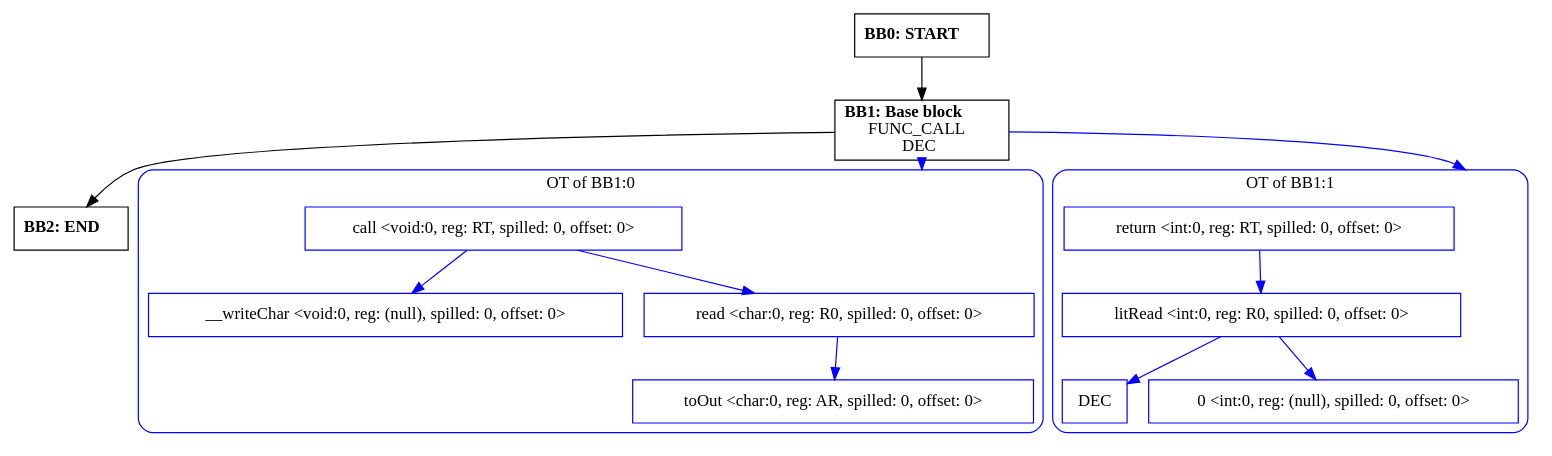
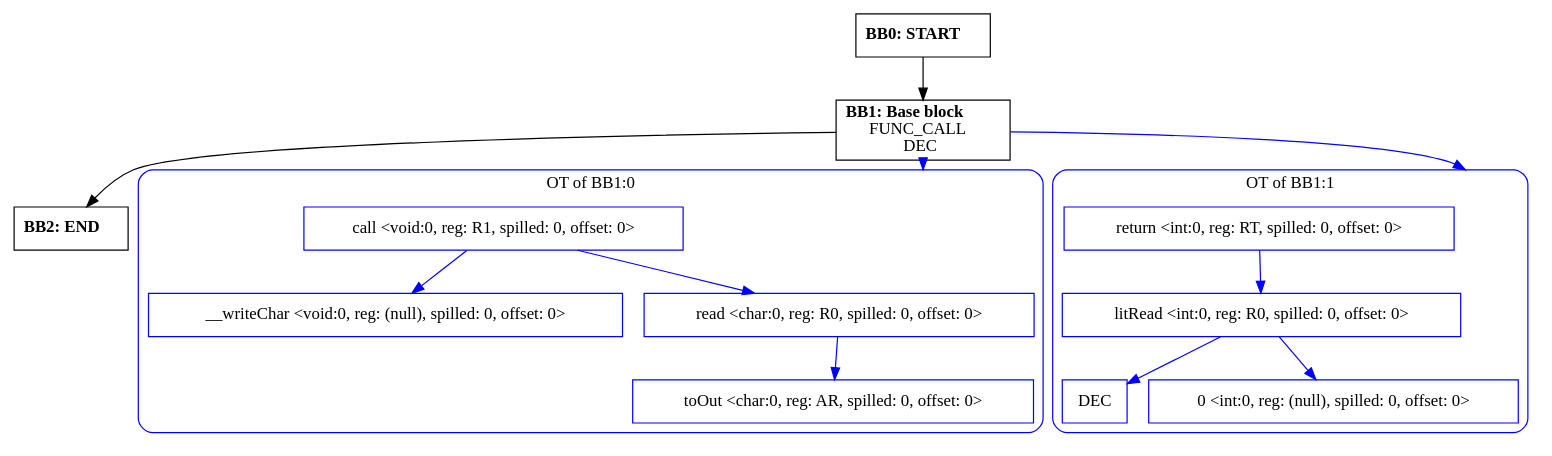
Before and after one commit to zavar152-cv/myLang-oop-compiler: the diagram in outputs/cfg/io.printChar.dot, drawn with Graphviz. The commit also changed 25 other files, not shown here.

```diff
--- a/outputs/cfg/io.printChar.dot
+++ b/outputs/cfg/io.printChar.dot
@@ -1,40 +1,40 @@
 digraph CFG {
     compound=true;
     graph [splines=true];
     node [shape=rectangle];
 
     BB2 [label=<<B>BB2: END</B><BR ALIGN="CENTER"/>>];
     BB1 [label=<<B>BB1: Base block</B><BR ALIGN="CENTER"/>FUNC_CALL<BR ALIGN="CENTER"/>DEC<BR ALIGN="CENTER"/>>];
     subgraph cluster_instruction0 {
         label = "OT of BB1:0";
         style=rounded;
         color=blue;
         entry0 [shape=point, style=invis];
-        node0 [label="call <void:0, reg: RT, spilled: 0, offset: 0>", color=blue];
+        node0 [label="call <void:0, reg: R1, spilled: 0, offset: 0>", color=blue];
         node1 [label="__writeChar <void:0, reg: (null), spilled: 0, offset: 0>", color=blue];
         node0 -> node1[color=blue];
         node2 [label="read <char:0, reg: R0, spilled: 0, offset: 0>", color=blue];
         node3 [label="toOut <char:0, reg: AR, spilled: 0, offset: 0>", color=blue];
         node2 -> node3[color=blue];
         node0 -> node2[color=blue];
     }
     BB1 -> entry0 [lhead=cluster_instruction0, color=blue];
     subgraph cluster_instruction1 {
         label = "OT of BB1:1";
         style=rounded;
         color=blue;
         entry1 [shape=point, style=invis];
         node4 [label="return <int:0, reg: RT, spilled: 0, offset: 0>", color=blue];
         node5 [label="litRead <int:0, reg: R0, spilled: 0, offset: 0>", color=blue];
         node6 [label="DEC", color=blue];
         node5 -> node6[color=blue];
         node7 [label="0 <int:0, reg: (null), spilled: 0, offset: 0>", color=blue];
         node5 -> node7[color=blue];
         node4 -> node5[color=blue];
     }
     BB1 -> entry1 [lhead=cluster_instruction1, color=blue];
     BB0 [label=<<B>BB0: START</B><BR ALIGN="CENTER"/>>];
 
     BB1 -> BB2;
     BB0 -> BB1;
 }
```
